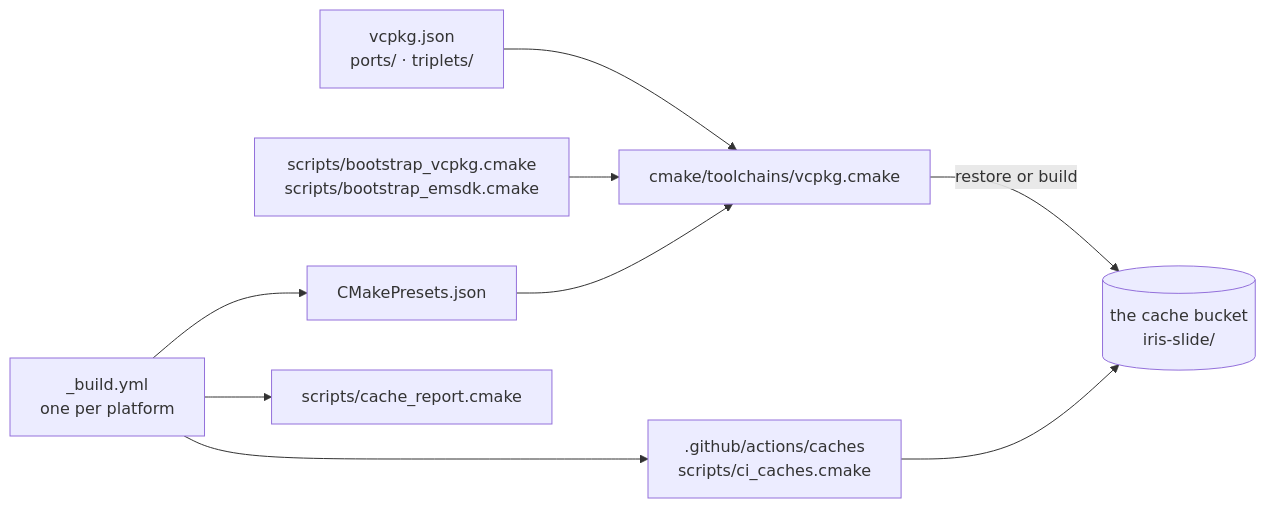
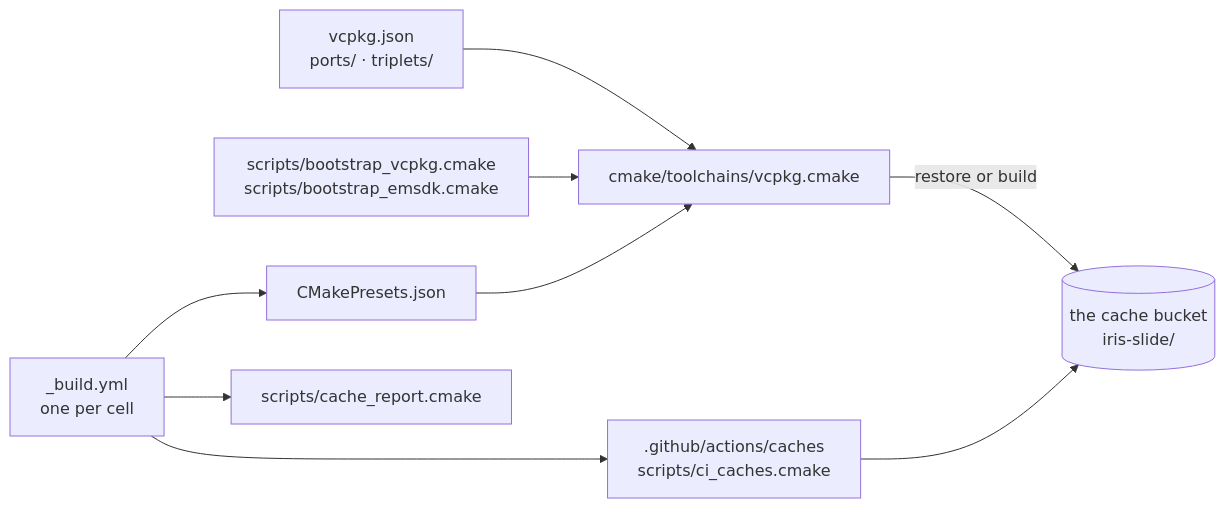
One commit to Aptix-Bio/Iris-Slide changed the first of 2 diagrams in development/PIPELINE.md. Above: the diagram before and after it, drawn with Mermaid. The commit also changed other lines of this file and 6 other files, not shown here.

````diff
--- a/development/PIPELINE.md
+++ b/development/PIPELINE.md
@@ -10,11 +10,11 @@
 ```mermaid
 flowchart LR
     M["vcpkg.json<br/>ports/ · triplets/"] --> T["cmake/toolchains/vcpkg.cmake"]
     B["scripts/bootstrap_vcpkg.cmake<br/>scripts/bootstrap_emsdk.cmake"] --> T
     T -->|"restore or build"| S[("the cache bucket<br/>iris-slide/")]
     P["CMakePresets.json"] --> T
-    W["_build.yml<br/>one per platform"] --> P
+    W["_build.yml<br/>one per cell"] --> P
     A[".github/actions/caches<br/>scripts/ci_caches.cmake"] --> S
     W --> A
     W --> R["scripts/cache_report.cmake"]
 ```
````
